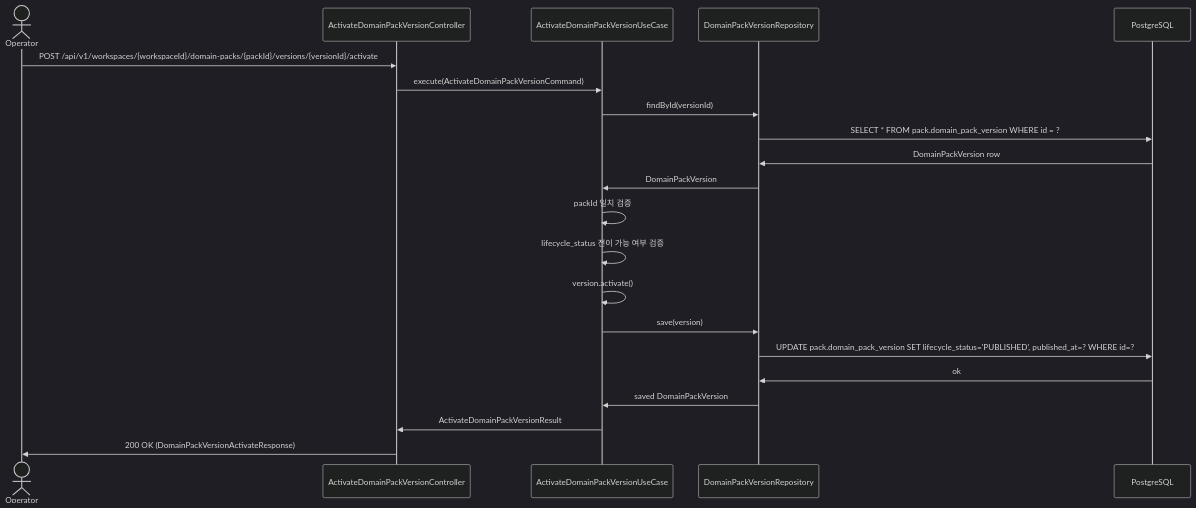
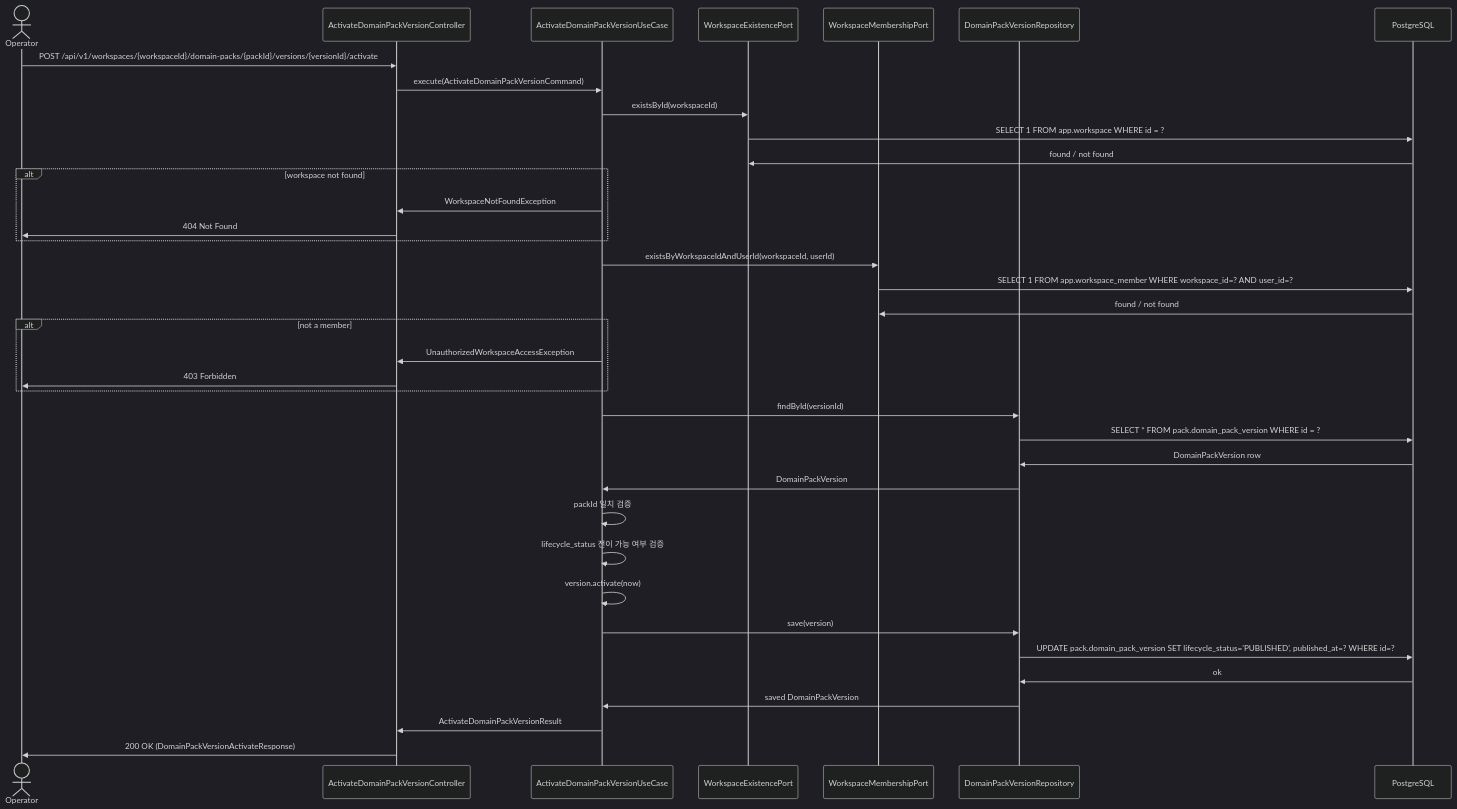
One commit to ajou-2026-1-capstone-5/ostone changed the first of 2 diagrams in .agent/specs/332.md. Above: the diagram before and after it, drawn with Mermaid (dark theme). The commit also changed other lines of this file, not shown here.

First line of the commit message:
docs(domainpack): add workspace validation to spec-332 sequence, usecase, and tests

````diff
--- a/.agent/specs/332.md
+++ b/.agent/specs/332.md
@@ -18,24 +18,43 @@
 ```mermaid
 sequenceDiagram
     actor op as Operator
     participant ctrl as ActivateDomainPackVersionController
     participant uc as ActivateDomainPackVersionUseCase
+    participant wsPort as WorkspaceExistencePort
+    participant memberPort as WorkspaceMembershipPort
     participant repo as DomainPackVersionRepository
     participant db as PostgreSQL
 
     op ->> ctrl: POST /api/v1/workspaces/{workspaceId}/domain-packs/{packId}/versions/{versionId}/activate
     ctrl ->> uc: execute(ActivateDomainPackVersionCommand)
+
+    uc ->> wsPort: existsById(workspaceId)
+    wsPort ->> db: SELECT 1 FROM app.workspace WHERE id = ?
+    db ->> wsPort: found / not found
+    alt workspace not found
+        uc ->> ctrl: WorkspaceNotFoundException
+        ctrl ->> op: 404 Not Found
+    end
+
+    uc ->> memberPort: existsByWorkspaceIdAndUserId(workspaceId, userId)
+    memberPort ->> db: SELECT 1 FROM app.workspace_member WHERE workspace_id=? AND user_id=?
+    db ->> memberPort: found / not found
+    alt not a member
+        uc ->> ctrl: UnauthorizedWorkspaceAccessException
+        ctrl ->> op: 403 Forbidden
+    end
+
     uc ->> repo: findById(versionId)
     repo ->> db: SELECT * FROM pack.domain_pack_version WHERE id = ?
     db ->> repo: DomainPackVersion row
     repo ->> uc: DomainPackVersion
     uc ->> uc: packId 일치 검증
     uc ->> uc: lifecycle_status 전이 가능 여부 검증
-    uc ->> uc: version.activate()
+    uc ->> uc: version.activate(now)
     uc ->> repo: save(version)
     repo ->> db: UPDATE pack.domain_pack_version SET lifecycle_status='PUBLISHED', published_at=? WHERE id=?
     db ->> repo: ok
     repo ->> uc: saved DomainPackVersion
     uc ->> ctrl: ActivateDomainPackVersionResult
     ctrl ->> op: 200 OK (DomainPackVersionActivateResponse)
 ```
````
